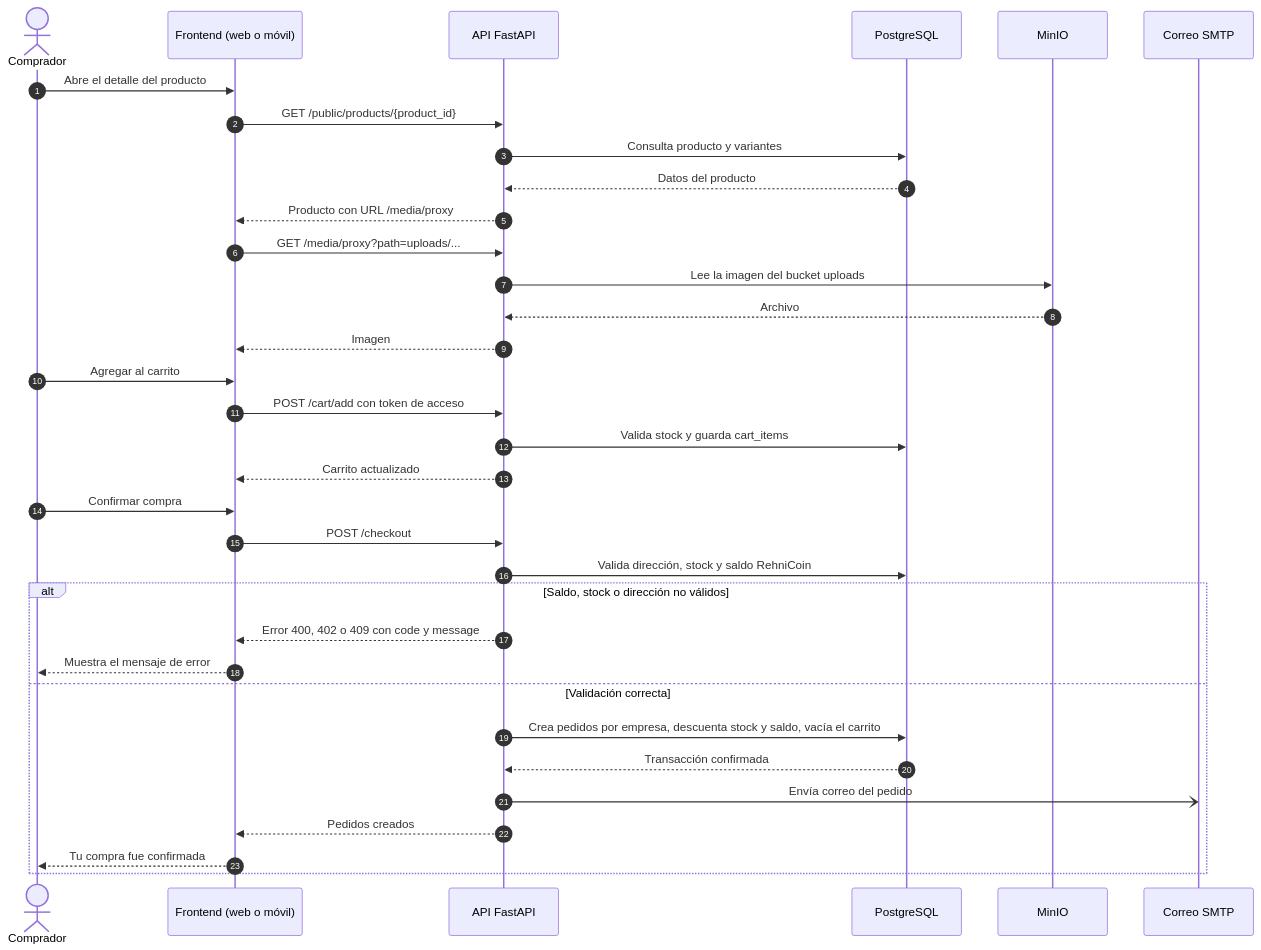
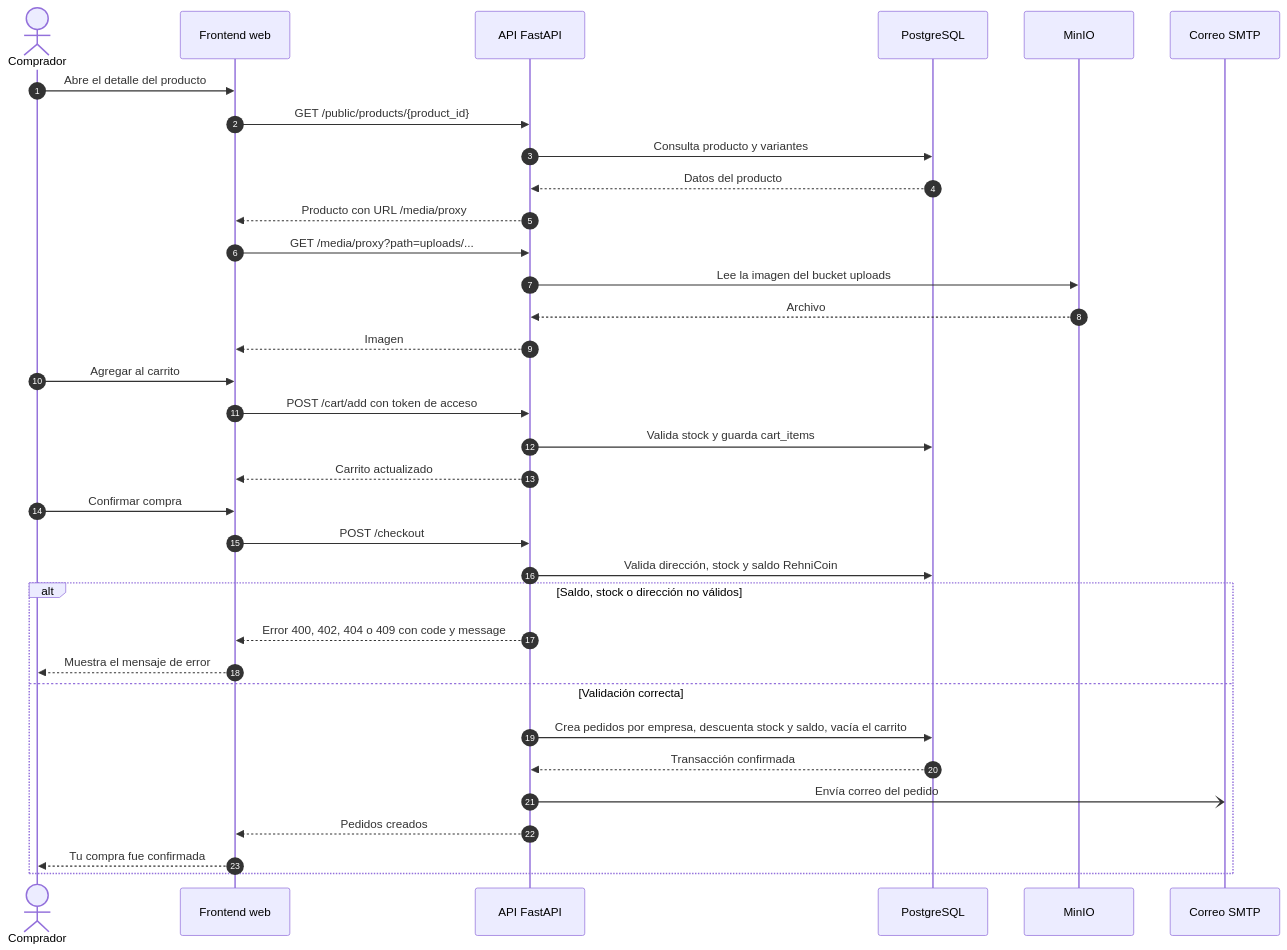
Before and after one commit to RehnieyAl/Rehni-Market: the diagram in docs/Manuales/diagramas/secuencia-compra.mmd, drawn with Mermaid. The commit also changed 59 other files, not shown here.

First line of the commit message:
docs(manuales): diagramas sin la app móvil y modelo de datos por módulo

```diff
--- a/docs/Manuales/diagramas/secuencia-compra.mmd
+++ b/docs/Manuales/diagramas/secuencia-compra.mmd
@@ -1,34 +1,34 @@
 sequenceDiagram
   autonumber
   actor C as Comprador
-  participant F as Frontend (web o móvil)
+  participant F as Frontend web
   participant A as API FastAPI
   participant P as PostgreSQL
   participant M as MinIO
   participant S as Correo SMTP
   C->>F: Abre el detalle del producto
   F->>A: GET /public/products/{product_id}
   A->>P: Consulta producto y variantes
   P-->>A: Datos del producto
   A-->>F: Producto con URL /media/proxy
   F->>A: GET /media/proxy?path=uploads/...
   A->>M: Lee la imagen del bucket uploads
   M-->>A: Archivo
   A-->>F: Imagen
   C->>F: Agregar al carrito
   F->>A: POST /cart/add con token de acceso
   A->>P: Valida stock y guarda cart_items
   A-->>F: Carrito actualizado
   C->>F: Confirmar compra
   F->>A: POST /checkout
   A->>P: Valida dirección, stock y saldo RehniCoin
   alt Saldo, stock o dirección no válidos
-    A-->>F: Error 400, 402 o 409 con code y message
+    A-->>F: Error 400, 402, 404 o 409 con code y message
     F-->>C: Muestra el mensaje de error
   else Validación correcta
     A->>P: Crea pedidos por empresa, descuenta stock y saldo, vacía el carrito
     P-->>A: Transacción confirmada
     A-)S: Envía correo del pedido
     A-->>F: Pedidos creados
     F-->>C: Tu compra fue confirmada
   end
```
